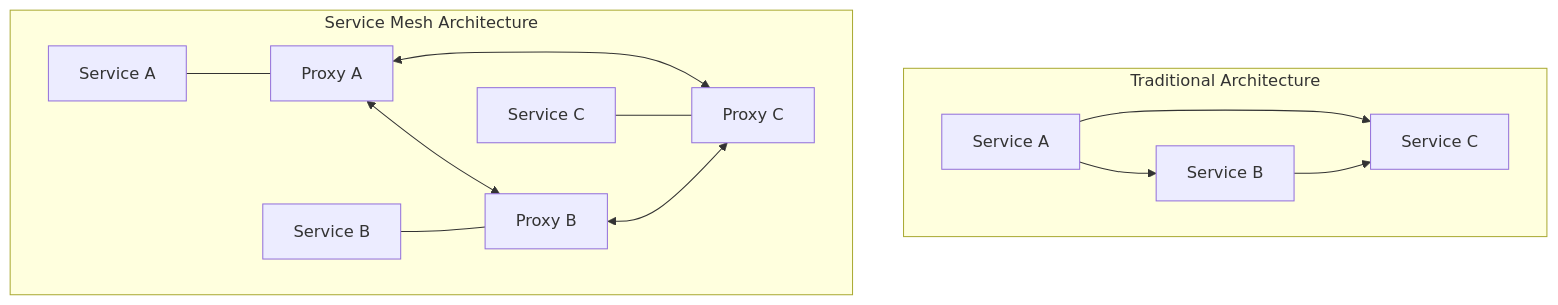
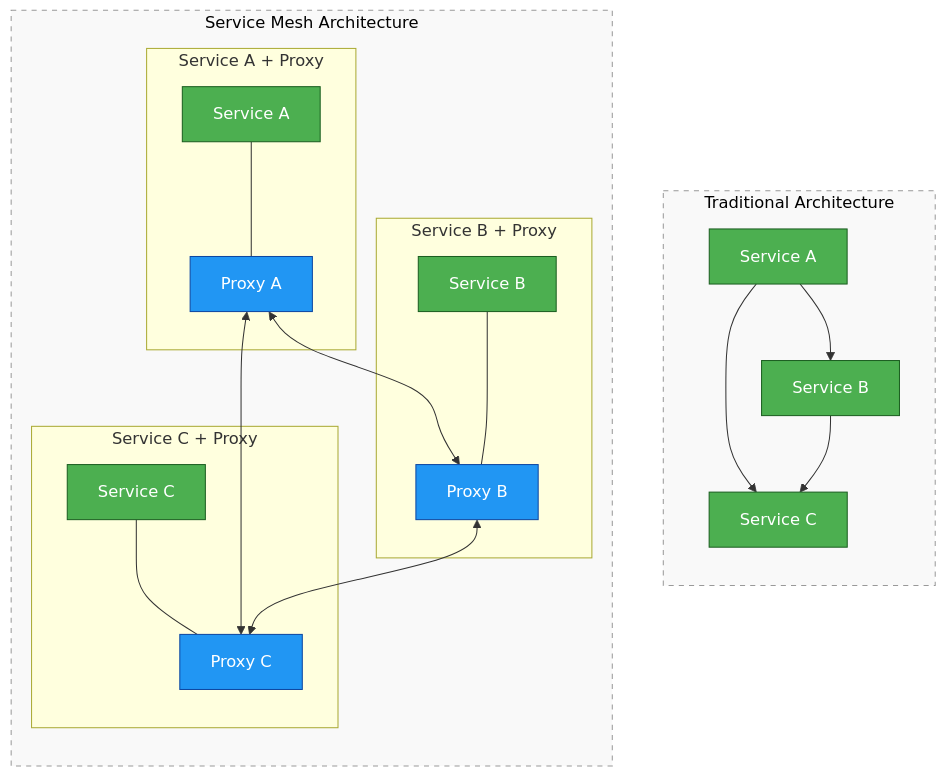
One commit to sandeep-1010-cool/NTT_DATA changed the first of 29 diagrams in Istio/01_Istio_Theory_Guide.md. Above: the diagram before and after it, drawn with Mermaid.

````diff
--- a/Istio/01_Istio_Theory_Guide.md
+++ b/Istio/01_Istio_Theory_Guide.md
@@ -52,17 +52,46 @@
 ```mermaid
 graph TB
-    subgraph "Traditional Architecture"
+    %% Styling definitions
+    classDef service fill:#4CAF50,stroke:#1B5E20,color:white
+    classDef proxy fill:#2196F3,stroke:#0D47A1,color:white
+    classDef title fill:#f9f9f9,stroke:#999,color:black,stroke-dasharray: 5 5
+
+    %% Traditional Architecture
+    subgraph Traditional["Traditional Architecture"]
+        direction TB
         A1[Service A] --> B1[Service B]
         A1 --> C1[Service C]
         B1 --> C1
     end
-    
-    subgraph "Service Mesh Architecture"
-        A2[Service A] --- AP[Proxy A]
-        B2[Service B] --- BP[Proxy B]
-        C2[Service C] --- CP[Proxy C]
-        AP <--> BP
-        AP <--> CP
-        BP <--> CP
+
+    %% Service Mesh Architecture
+    subgraph Mesh["Service Mesh Architecture"]
+        direction TB
+        subgraph ServiceA["Service A + Proxy"]
+            A2[Service A]
+            PA[Proxy A]
+            A2 --- PA
+        end
+        
+        subgraph ServiceB["Service B + Proxy"]
+            B2[Service B]
+            PB[Proxy B]
+            B2 --- PB
+        end
+        
+        subgraph ServiceC["Service C + Proxy"]
+            C2[Service C]
+            PC[Proxy C]
+            C2 --- PC
+        end
+        
+        PA <--> PB
+        PA <--> PC
+        PB <--> PC
     end
+
+    %% Apply styles
+    class A1,B1,C1,A2,B2,C2 service
+    class PA,PB,PC proxy
+    class Traditional,Mesh title
 ```
````
